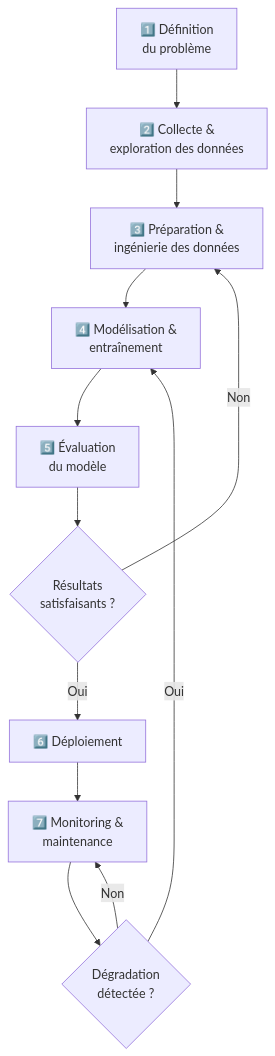
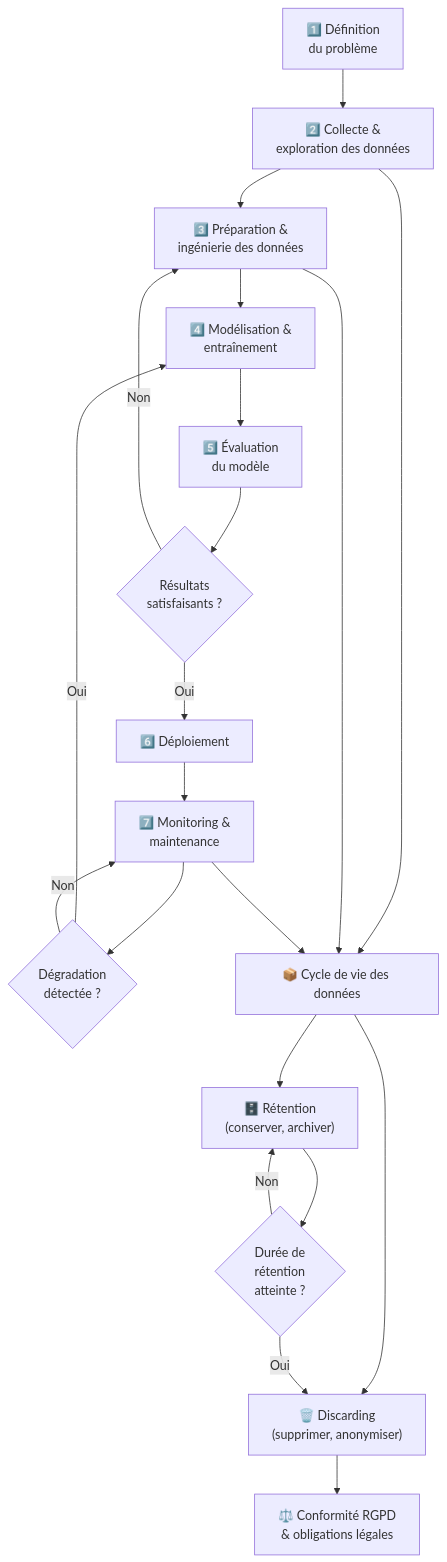
Before and after one commit to hrhouma1/processus-et-ecosystemes-ia: the first of 13 diagrams in 02-Cycle-de-vie-projet-IA.md, drawn with Mermaid. The commit also changed other lines of this file, not shown here.

````diff
--- a/02-Cycle-de-vie-projet-IA.md
+++ b/02-Cycle-de-vie-projet-IA.md
@@ -47,14 +53,24 @@
 ```mermaid
 flowchart TD
     P1["1️⃣ Définition\ndu problème"] --> P2["2️⃣ Collecte &\nexploration des données"]
     P2 --> P3["3️⃣ Préparation &\ningénierie des données"]
     P3 --> P4["4️⃣ Modélisation &\nentraînement"]
     P4 --> P5["5️⃣ Évaluation\ndu modèle"]
     P5 --> P6{Résultats\nsatisfaisants ?}
     P6 -- Non --> P3
     P6 -- Oui --> P7["6️⃣ Déploiement"]
     P7 --> P8["7️⃣ Monitoring &\nmaintenance"]
     P8 --> P9{Dégradation\ndétectée ?}
     P9 -- Oui --> P4
     P9 -- Non --> P8
+
+    P2 --> DL["📦 Cycle de vie des données"]
+    P3 --> DL
+    P8 --> DL
+    DL --> R["🗄️ Rétention\n(conserver, archiver)"]
+    DL --> D["🗑️ Discarding\n(supprimer, anonymiser)"]
+    R --> RC{Durée de\nrétention\natteinte ?}
+    RC -- Oui --> D
+    RC -- Non --> R
+    D --> RGPD["⚖️ Conformité RGPD\n& obligations légales"]
 ```
````
